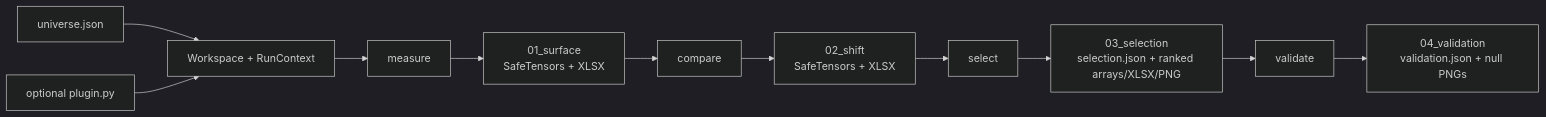
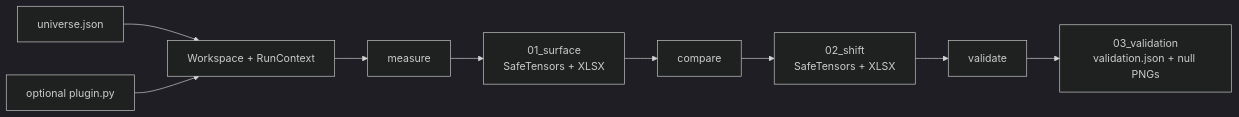
Before and after one commit to doubletrends/alpha-verifier: the diagram in src/README.md, drawn with Mermaid (dark theme). The commit also changed other lines of this file and 27 other files, not shown here.

Commit message:
Replace preselection with shared observed and null validation

````diff
--- a/src/README.md
+++ b/src/README.md
@@ -65,13 +64,11 @@
 ```mermaid
 flowchart LR
     U[universe.json] --> C[Workspace + RunContext]
     P[optional plugin.py] --> C
     C --> M[measure]
     M --> A1[01_surface<br/>SafeTensors + XLSX]
     A1 --> X[compare]
     X --> A2[02_shift<br/>SafeTensors + XLSX]
-    A2 --> S[select]
-    S --> A3[03_selection<br/>selection.json + ranked arrays/XLSX/PNG]
-    A3 --> V[validate]
-    V --> A4[04_validation<br/>validation.json + null PNGs]
+    A2 --> V[validate]
+    V --> A3[03_validation<br/>validation.json + null PNGs]
 ```
````
